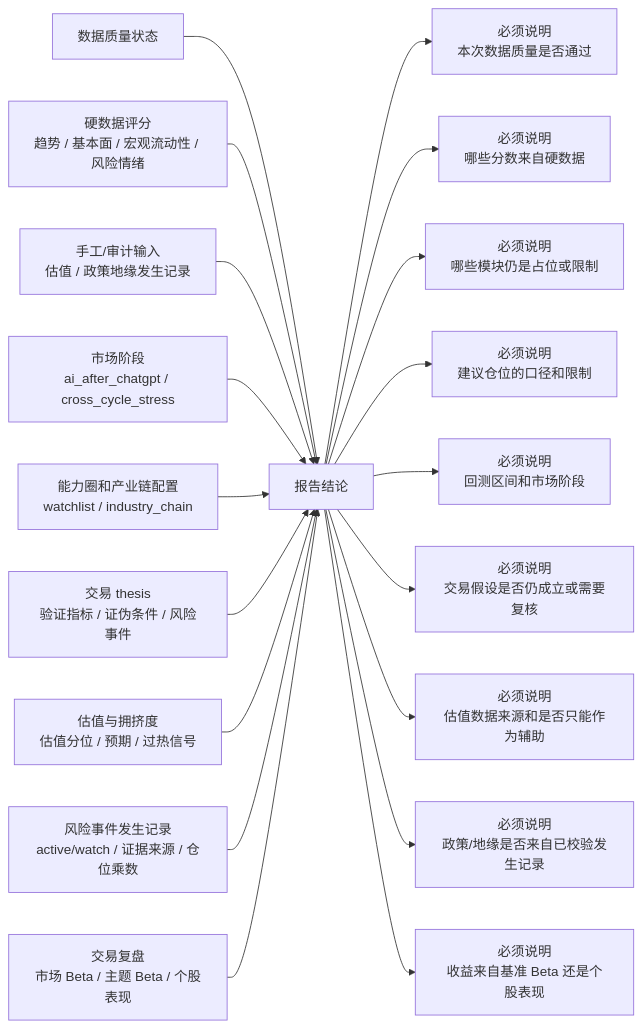
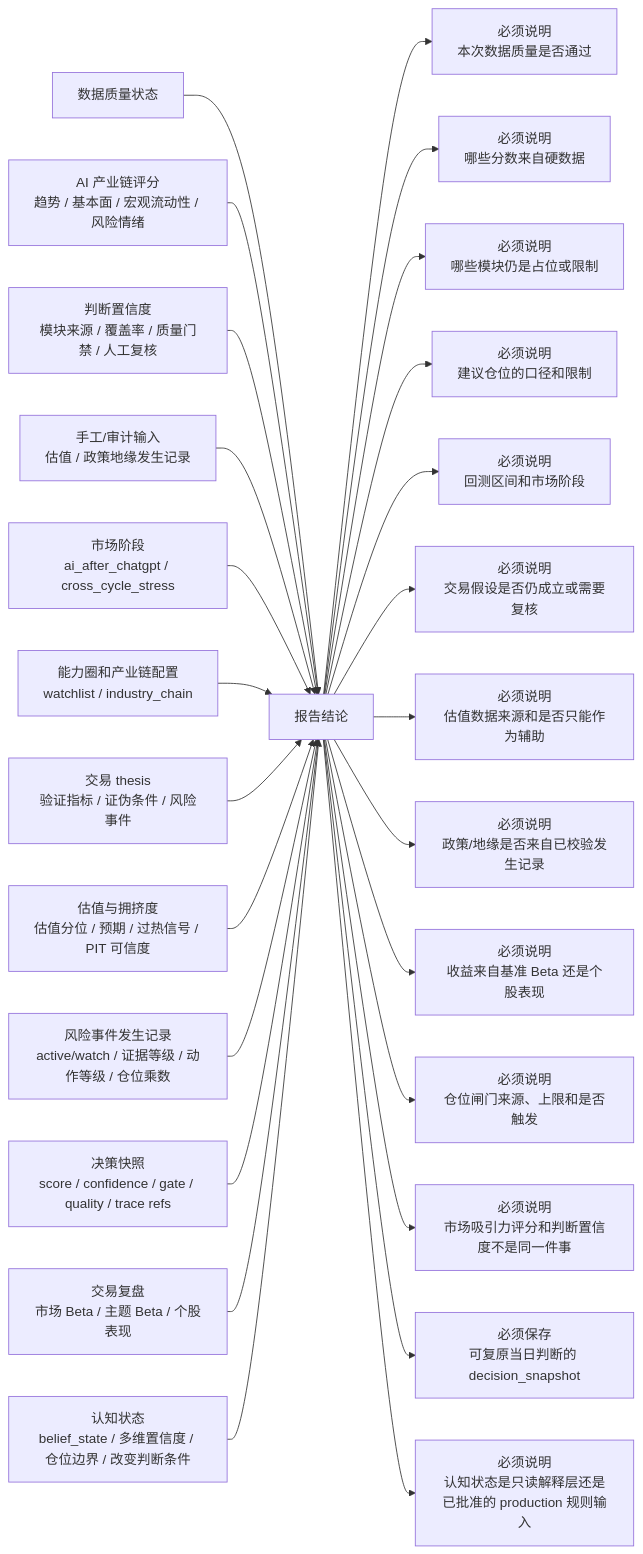
One commit to AI-Trading-Collaboration/AITradingSystem changed the fourth of 6 diagrams in docs/system_flow.md. Above: the diagram before and after it, drawn with Mermaid. The commit also changed other lines of this file and 61 other files, not shown here.

````diff
--- a/docs/system_flow.md
+++ b/docs/system_flow.md
@@ -326,22 +490,29 @@
 ```mermaid
 flowchart LR
     A["数据质量状态"] --> E["报告结论"]
-    B["硬数据评分<br/>趋势 / 基本面 / 宏观流动性 / 风险情绪"] --> E
+    B["AI 产业链评分<br/>趋势 / 基本面 / 宏观流动性 / 风险情绪"] --> E
+    C2["判断置信度<br/>模块来源 / 覆盖率 / 质量门禁 / 人工复核"] --> E
     C["手工/审计输入<br/>估值 / 政策地缘发生记录"] --> E
     D["市场阶段<br/>ai_after_chatgpt / cross_cycle_stress"] --> E
     F["能力圈和产业链配置<br/>watchlist / industry_chain"] --> E
     L["交易 thesis<br/>验证指标 / 证伪条件 / 风险事件"] --> E
-    N["估值与拥挤度<br/>估值分位 / 预期 / 过热信号"] --> E
-    Q["风险事件发生记录<br/>active/watch / 证据来源 / 仓位乘数"] --> E
+    N["估值与拥挤度<br/>估值分位 / 预期 / 过热信号 / PIT 可信度"] --> E
+    Q["风险事件发生记录<br/>active/watch / 证据等级 / 动作等级 / 仓位乘数"] --> E
+    U2["决策快照<br/>score / confidence / gate / quality / trace refs"] --> E
     P["交易复盘<br/>市场 Beta / 主题 Beta / 个股表现"] --> E
+    S["认知状态<br/>belief_state / 多维置信度 / 仓位边界 / 改变判断条件"] --> E
 
     E --> G["必须说明<br/>本次数据质量是否通过"]
     E --> H["必须说明<br/>哪些分数来自硬数据"]
     E --> I["必须说明<br/>哪些模块仍是占位或限制"]
     E --> J["必须说明<br/>建议仓位的口径和限制"]
     E --> K["必须说明<br/>回测区间和市场阶段"]
     E --> M["必须说明<br/>交易假设是否仍成立或需要复核"]
     E --> O["必须说明<br/>估值数据来源和是否只能作为辅助"]
     E --> Q2["必须说明<br/>政策/地缘是否来自已校验发生记录"]
     E --> P2["必须说明<br/>收益来自基准 Beta 还是个股表现"]
+    E --> R2["必须说明<br/>仓位闸门来源、上限和是否触发"]
+    E --> T2["必须说明<br/>市场吸引力评分和判断置信度不是同一件事"]
+    E --> U3["必须保存<br/>可复原当日判断的 decision_snapshot"]
+    E --> S2["必须说明<br/>认知状态是只读解释层还是已批准的 production 规则输入"]
 ```
````
